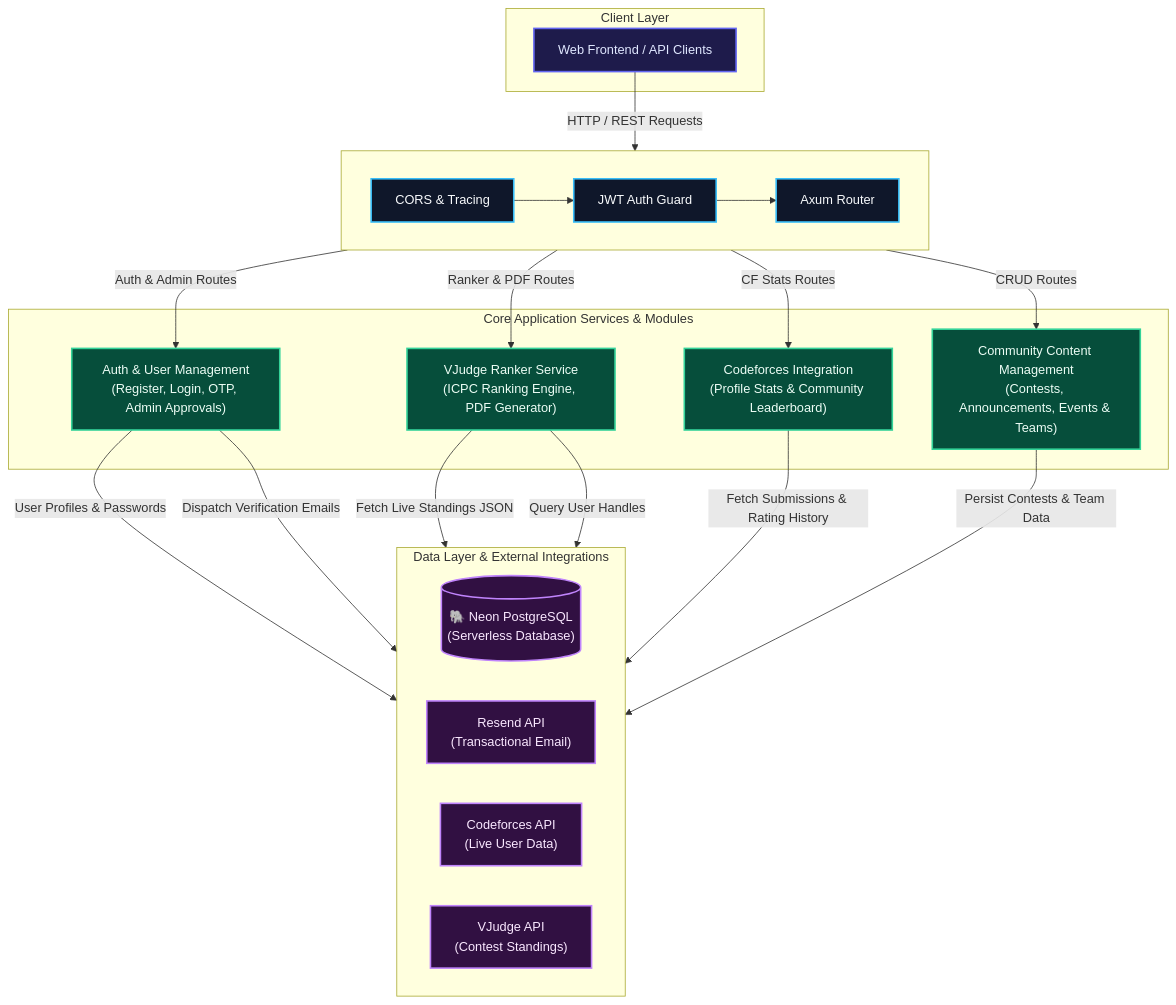
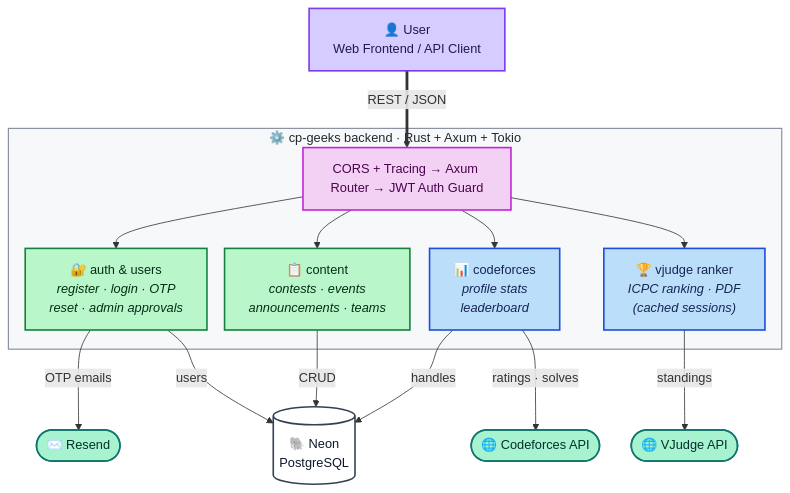
One commit to sust-cp-geeks/cp-geeks-backend changed the diagram in README.md. Above: the diagram before and after it, drawn with Mermaid. The commit also changed other lines of this file, not shown here.

Commit message:
docs: redesign README with compact architecture diagram and minimal layout

````diff
--- a/README.md
+++ b/README.md
@@ -78,63 +12,49 @@
 ```mermaid
+%%{init: {"flowchart": {"nodeSpacing": 22, "rankSpacing": 48}}}%%
 flowchart TD
-    %% Client Tier
-    subgraph CL ["Client Layer"]
-        client["Web Frontend / API Clients"]
+    user["👤 User<br/>Web Frontend / API Client"]
+
+    subgraph backend["⚙️ cp-geeks backend · Rust + Axum + Tokio"]
+        pipeline["CORS + Tracing → Axum Router → JWT Auth Guard"]
+
+        auth["🔐 auth & users<br/><i>register · login · OTP<br/>reset · admin approvals</i>"]
+        content["📋 content<br/><i>contests · events<br/>announcements · teams</i>"]
+        cf["📊 codeforces<br/><i>profile stats<br/>leaderboard</i>"]
+        ranker["🏆 vjudge ranker<br/><i>ICPC ranking · PDF<br/>(cached sessions)</i>"]
+
+        pipeline --> auth
+        pipeline --> content
+        pipeline --> cf
+        pipeline --> ranker
     end
 
-    %% Gateway Tier
-    subgraph GW ["" ]
-        direction LR
-        cors["CORS & Tracing"]
-        jwt["JWT Auth Guard"]
-        router["Axum Router"]
-    end
+    db[("🐘 Neon<br/>PostgreSQL")]
+    resend(["✉️ Resend"])
+    cf_api(["🌐 Codeforces API"])
+    vj_api(["🌐 VJudge API"])
 
-    %% Application Layer
-    subgraph APP ["Core Application Services & Modules"]
-        auth_svc[" Auth & User Management\n(Register, Login, OTP, Admin Approvals)"]
-        ranker_svc[" VJudge Ranker Service\n(ICPC Ranking Engine, PDF Generator)"]
-        cf_svc[" Codeforces Integration\n(Profile Stats & Community Leaderboard)"]
-        crud_svc[" Community Content Management\n(Contests, Announcements, Events & Teams)"]
-    end
+    user == "REST / JSON" ==> pipeline
 
-    %% Infrastructure & External Layer
-    subgraph INFRA ["Data Layer & External Integrations"]
-        direction LR
-        db[("🐘 Neon PostgreSQL\n(Serverless Database)")]
-        resend[" Resend API\n(Transactional Email)"]
-        cf_api[" Codeforces API\n(Live User Data)"]
-        vj_api[" VJudge API\n(Contest Standings)"]
-    end
+    auth -- "OTP emails" --> resend
+    auth -- "users" --> db
+    content -- "CRUD" --> db
+    cf -- "handles" --> db
+    cf -- "ratings · solves" --> cf_api
+    ranker -- "standings" --> vj_api
 
-    %% Flow Connections
-    client -->|"HTTP / REST Requests"| cors
-    cors --> jwt
-    jwt --> router
+    style backend fill:#f6f8fa,stroke:#8b949e,color:#24292f,stroke-width:1.5px;
 
-    router -->|"Auth & Admin Routes"| auth_svc
-    router -->|"Ranker & PDF Routes"| ranker_svc
-    router -->|"CF Stats Routes"| cf_svc
-    router -->|"CRUD Routes"| crud_svc
+    classDef userStyle fill:#d6ccff,stroke:#7c3aed,color:#1e1b4b,stroke-width:2px;
+    classDef pipeStyle fill:#f3d1f4,stroke:#c026d3,color:#4a044e,stroke-width:2px;
+    classDef svcStyle fill:#b9f6ca,stroke:#15803d,color:#052e16,stroke-width:2px;
+    classDef ioStyle fill:#bbdefb,stroke:#1d4ed8,color:#172554,stroke-width:2px;
+    classDef dbStyle fill:#fff,stroke:#334155,color:#0f172a,stroke-width:2px;
+    classDef extStyle fill:#a7f3d0,stroke:#0f766e,color:#042f2e,stroke-width:2px;
 
-    auth_svc -->|"User Profiles & Passwords"| db
-    auth_svc -->|"Dispatch Verification Emails"| resend
-
-    ranker_svc -->|"Fetch Live Standings JSON"| vj_api
-    ranker_svc -->|"Query User Handles"| db
-
-    cf_svc -->|"Fetch Submissions & Rating History"| cf_api
-
-    crud_svc -->|"Persist Contests & Team Data"| db
-
-    %% Professional Styling
-    classDef clientStyle fill:#1e1b4b,color:#e0e7ff,stroke:#6366f1,stroke-width:2px;
-    classDef gwStyle fill:#0f172a,color:#f8fafc,stroke:#38bdf8,stroke-width:2px;
-    classDef appStyle fill:#064e3b,color:#ecfdf5,stroke:#34d399,stroke-width:2px;
-    classDef infraStyle fill:#311042,color:#fae8ff,stroke:#c084fc,stroke-width:2px;
-
-    class client clientStyle;
-    class cors,jwt,router gwStyle;
-    class auth_svc,ranker_svc,cf_svc,crud_svc appStyle;
-    class db,resend,cf_api,vj_api infraStyle;
+    class user userStyle;
+    class pipeline pipeStyle;
+    class auth,content svcStyle;
+    class cf,ranker ioStyle;
+    class db dbStyle;
+    class resend,cf_api,vj_api extStyle;
 ```
````
